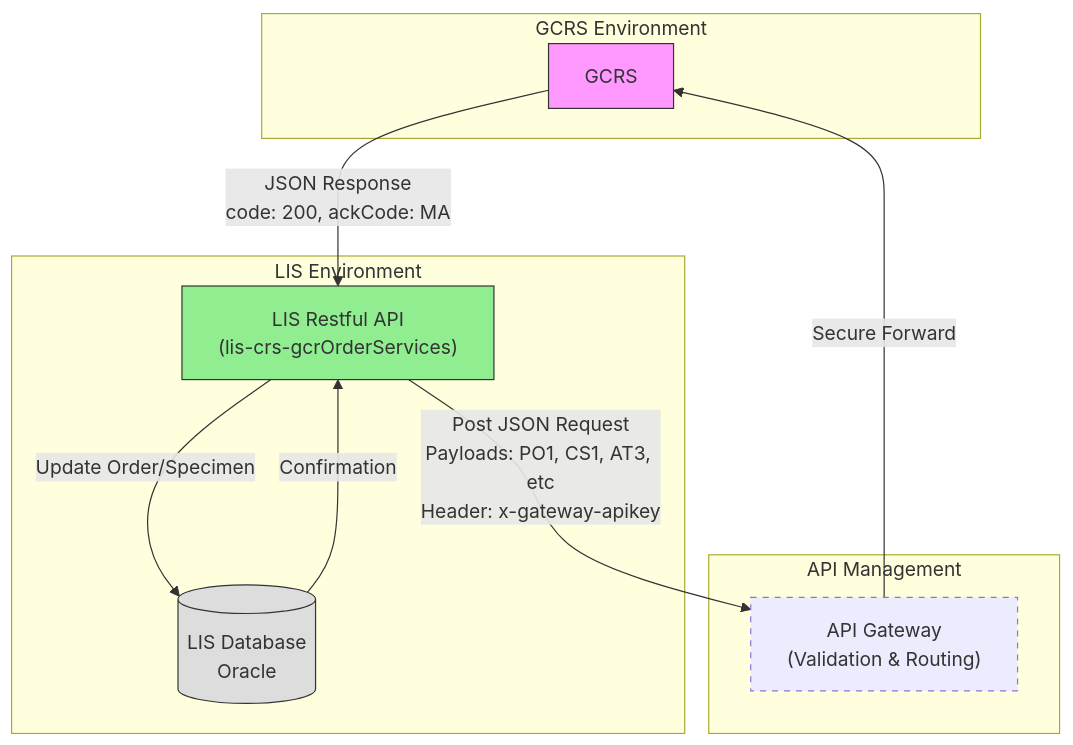
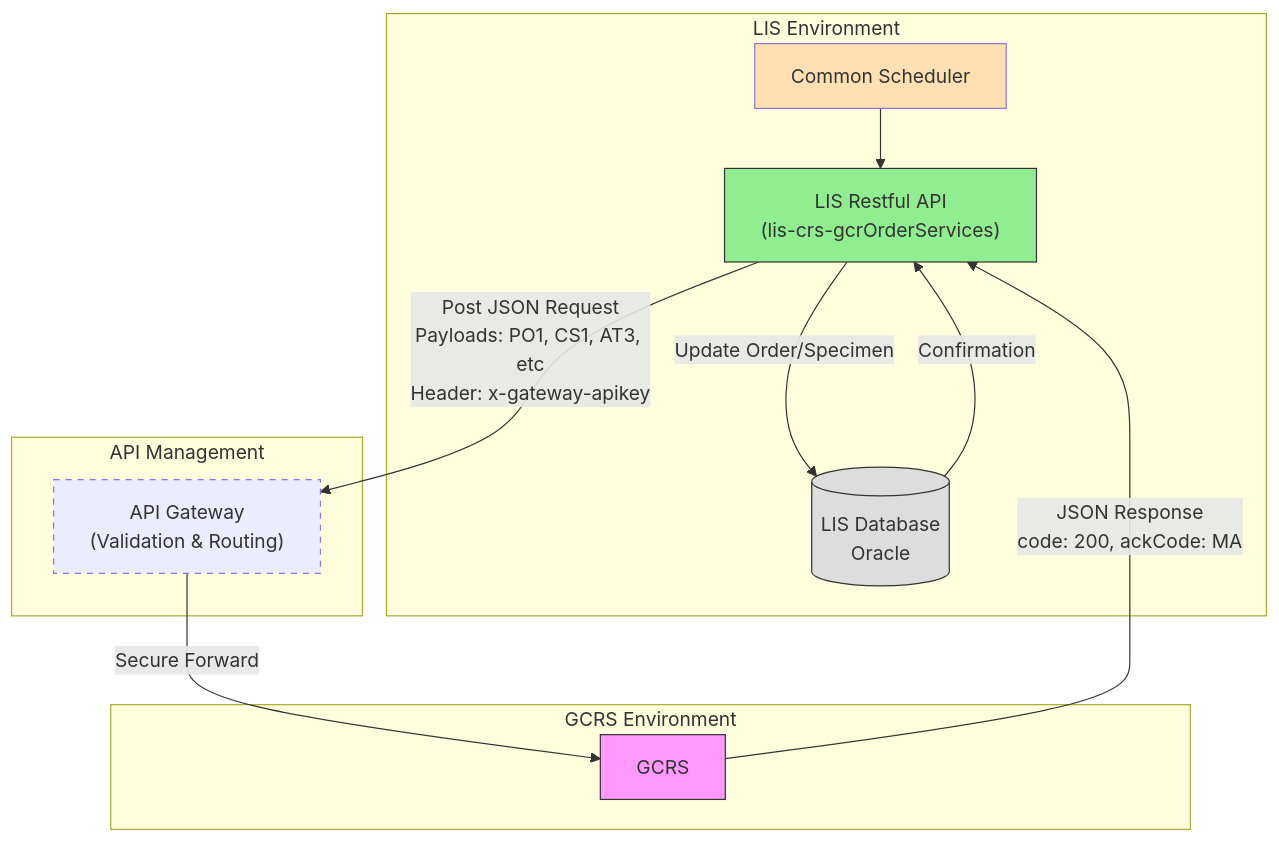
The second of 2 diagrams in CRS/Order Gateway/Technical Diagram.md (DragonChong/HA-Notes), drawn with Mermaid before and after one commit.

Commit message:
vault backup: 2026-03-05 10:37:13

````diff
--- a/CRS/Order Gateway/Technical Diagram.md
+++ b/CRS/Order Gateway/Technical Diagram.md
@@ -33,23 +33,26 @@
 ```mermaid
 flowchart TD
- subgraph GCRS_Env["GCRS Environment"]
-        GCRS["GCRS"]
+ subgraph LIS_Env["LIS Environment"]
+        API["LIS Restful API<br>(lis-crs-gcrOrderServices)"]
+        DB[("LIS Database<br>Oracle")]
+        COMM_SCH["Common Scheduler"]
   end
  subgraph API_Mgmt["API Management"]
         Gateway["API Gateway<br>(Validation &amp; Routing)"]
   end
- subgraph LIS_Env["LIS Environment"]
-        API["LIS Restful API<br>(lis-crs-gcrOrderServices)"]
-        DB[("LIS Database<br>Oracle")]
+ subgraph GCRS_Env["GCRS Environment"]
+        GCRS["GCRS"]
   end
+    COMM_SCH --> API
     API -- "Post JSON Request<br>Payloads: PO1, CS1, AT3, etc<br>Header: x-gateway-apikey" --> Gateway
+    DB -- Confirmation --> API
     Gateway -- Secure Forward --> GCRS
     API -- Update Order/Specimen --> DB
-    DB -- Confirmation --> API
     GCRS -- JSON Response<br>code: 200, ackCode: MA --> API
 
-    style GCRS fill:#FF99FF,stroke:#333,stroke-width:1px
-    style Gateway stroke-dasharray: 5 5
     style API fill:#90EE90,stroke:#333,stroke-width:1px
     style DB fill:#DDD,stroke:#333
+    style COMM_SCH fill:#FFE0B2
+    style Gateway stroke-dasharray: 5 5
+    style GCRS fill:#FF99FF,stroke:#333,stroke-width:1px
 ```
````
